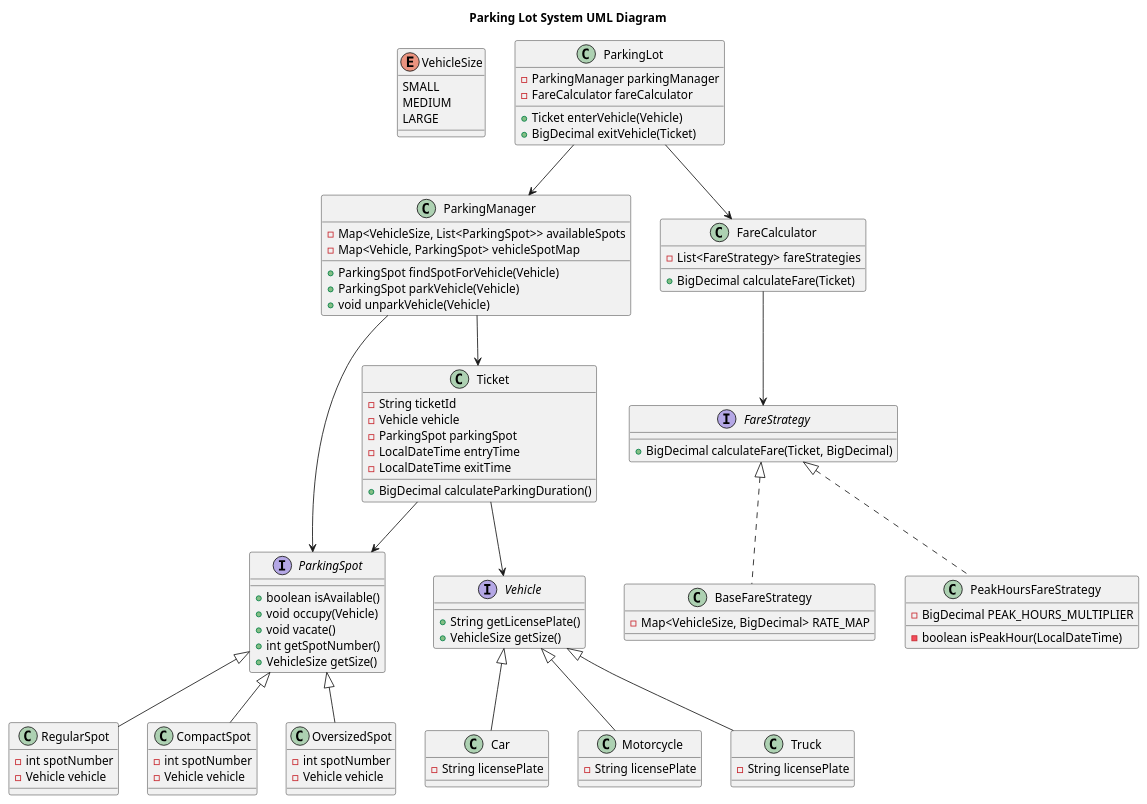
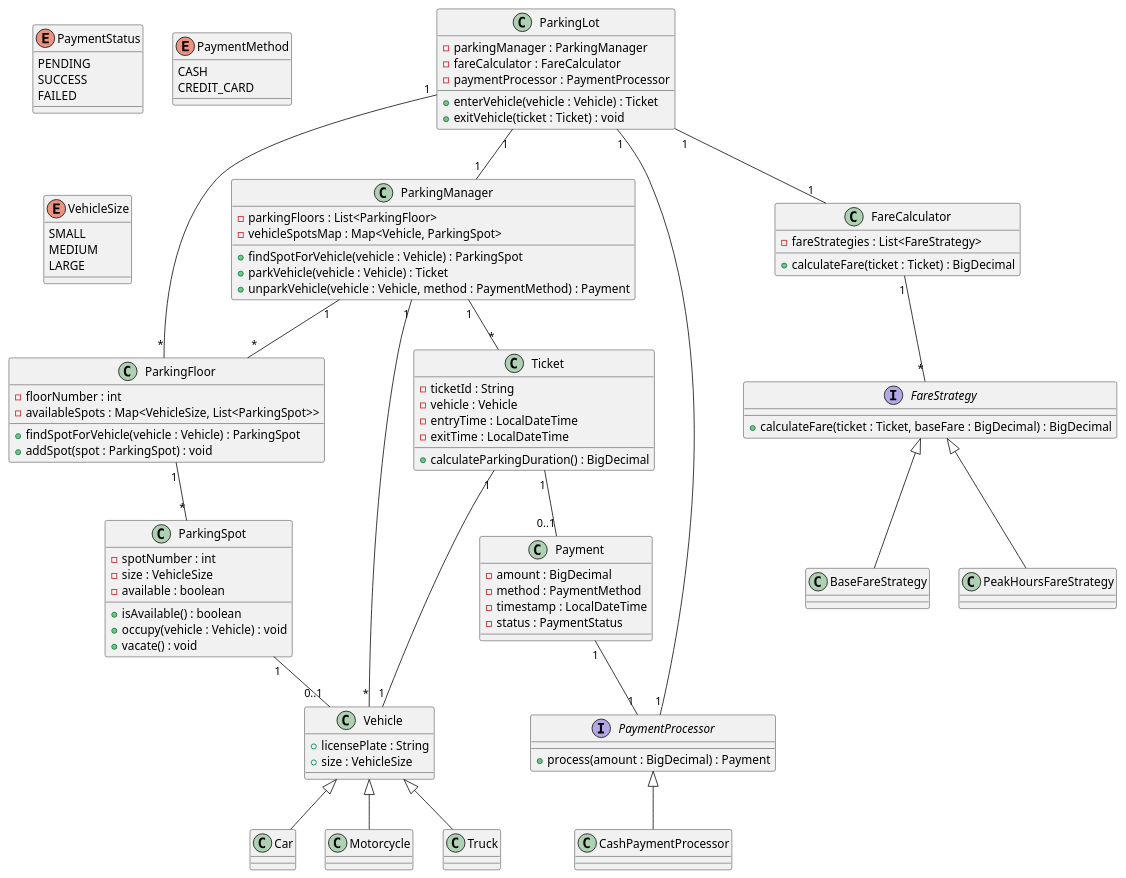
The diagram in src/main/java/com/app/pblms/parkinglot/docs/parking_lot.puml (uday510/lld), drawn with PlantUML before and after one commit. The commit also changed 2 other files, not shown here.

Commit message:
update parking-lot class uml

```diff
--- a/src/main/java/com/app/pblms/parkinglot/docs/parking_lot.puml
+++ b/src/main/java/com/app/pblms/parkinglot/docs/parking_lot.puml
@@ -1,111 +1,124 @@
 @startuml
-title Parking Lot System UML Diagram
+' ===============================
+' PARKING LOT SYSTEM UML DIAGRAM
+' ===============================
+
+' === ENUMS ===
+enum PaymentStatus {
+  PENDING
+  SUCCESS
+  FAILED
+}
+
+enum PaymentMethod {
+  CASH
+  CREDIT_CARD
+}
 
 enum VehicleSize {
   SMALL
   MEDIUM
   LARGE
 }
 
-interface Vehicle {
-  +String getLicensePlate()
-  +VehicleSize getSize()
+' === MAIN CLASSES ===
+class ParkingLot {
+  - parkingManager : ParkingManager
+  - fareCalculator : FareCalculator
+  - paymentProcessor : PaymentProcessor
+  + enterVehicle(vehicle : Vehicle) : Ticket
+  + exitVehicle(ticket : Ticket) : void
 }
 
-class Car {
-  -String licensePlate
+class ParkingManager {
+  - parkingFloors : List<ParkingFloor>
+  - vehicleSpotsMap : Map<Vehicle, ParkingSpot>
+  + findSpotForVehicle(vehicle : Vehicle) : ParkingSpot
+  + parkVehicle(vehicle : Vehicle) : Ticket
+  + unparkVehicle(vehicle : Vehicle, method : PaymentMethod) : Payment
 }
 
-class Motorcycle {
-  -String licensePlate
+class ParkingFloor {
+  - floorNumber : int
+  - availableSpots : Map<VehicleSize, List<ParkingSpot>>
+  + findSpotForVehicle(vehicle : Vehicle) : ParkingSpot
+  + addSpot(spot : ParkingSpot) : void
 }
 
-class Truck {
-  -String licensePlate
+class ParkingSpot {
+  - spotNumber : int
+  - size : VehicleSize
+  - available : boolean
+  + isAvailable() : boolean
+  + occupy(vehicle : Vehicle) : void
+  + vacate() : void
 }
 
+class Vehicle {
+  + licensePlate : String
+  + size : VehicleSize
+}
+
+class Car
+class Motorcycle
+class Truck
+
+class Ticket {
+  - ticketId : String
+  - vehicle : Vehicle
+  - entryTime : LocalDateTime
+  - exitTime : LocalDateTime
+  + calculateParkingDuration() : BigDecimal
+}
+
+class Payment {
+  - amount : BigDecimal
+  - method : PaymentMethod
+  - timestamp : LocalDateTime
+  - status : PaymentStatus
+}
+
+interface PaymentProcessor {
+  + process(amount : BigDecimal) : Payment
+}
+class CashPaymentProcessor
+
+class FareCalculator {
+  - fareStrategies : List<FareStrategy>
+  + calculateFare(ticket : Ticket) : BigDecimal
+}
+
+interface FareStrategy {
+  + calculateFare(ticket : Ticket, baseFare : BigDecimal) : BigDecimal
+}
+class BaseFareStrategy
+class PeakHoursFareStrategy
+
+
+' === RELATIONSHIPS (WITH MULTIPLICITIES) ===
+ParkingLot "1" -- "1" ParkingManager
+ParkingLot "1" -- "1" FareCalculator
+ParkingLot "1" -- "1" PaymentProcessor
+ParkingLot "1" -- "*" ParkingFloor
+
+ParkingManager "1" -- "*" Ticket
+ParkingManager "1" -- "*" Vehicle
+ParkingManager "1" -- "*" ParkingFloor
+
+ParkingFloor "1" -- "*" ParkingSpot
+ParkingSpot "1" -- "0..1" Vehicle
+
+Ticket "1" -- "1" Vehicle
+Ticket "1" -- "0..1" Payment
+Payment "1" -- "1" PaymentProcessor
+
+FareCalculator "1" -- "*" FareStrategy
+
+PaymentProcessor <|-- CashPaymentProcessor
+FareStrategy <|-- BaseFareStrategy
+FareStrategy <|-- PeakHoursFareStrategy
 Vehicle <|-- Car
 Vehicle <|-- Motorcycle
 Vehicle <|-- Truck
 
-interface ParkingSpot {
-  +boolean isAvailable()
-  +void occupy(Vehicle)
-  +void vacate()
-  +int getSpotNumber()
-  +VehicleSize getSize()
-}
-
-class RegularSpot {
-  -int spotNumber
-  -Vehicle vehicle
-}
-
-class CompactSpot {
-  -int spotNumber
-  -Vehicle vehicle
-}
-
-class OversizedSpot {
-  -int spotNumber
-  -Vehicle vehicle
-}
-
-ParkingSpot <|-- RegularSpot
-ParkingSpot <|-- CompactSpot
-ParkingSpot <|-- OversizedSpot
-
-class Ticket {
-  -String ticketId
-  -Vehicle vehicle
-  -ParkingSpot parkingSpot
-  -LocalDateTime entryTime
-  -LocalDateTime exitTime
-  +BigDecimal calculateParkingDuration()
-}
-
-class ParkingManager {
-  -Map<VehicleSize, List<ParkingSpot>> availableSpots
-  -Map<Vehicle, ParkingSpot> vehicleSpotMap
-  +ParkingSpot findSpotForVehicle(Vehicle)
-  +ParkingSpot parkVehicle(Vehicle)
-  +void unparkVehicle(Vehicle)
-}
-
-class FareCalculator {
-  -List<FareStrategy> fareStrategies
-  +BigDecimal calculateFare(Ticket)
-}
-
-interface FareStrategy {
-  +BigDecimal calculateFare(Ticket, BigDecimal)
-}
-
-class BaseFareStrategy {
-  -Map<VehicleSize, BigDecimal> RATE_MAP
-}
-
-class PeakHoursFareStrategy {
-  -BigDecimal PEAK_HOURS_MULTIPLIER
-  -boolean isPeakHour(LocalDateTime)
-}
-
-FareStrategy <|.. BaseFareStrategy
-FareStrategy <|.. PeakHoursFareStrategy
-
-class ParkingLot {
-  -ParkingManager parkingManager
-  -FareCalculator fareCalculator
-  +Ticket enterVehicle(Vehicle)
-  +BigDecimal exitVehicle(Ticket)
-}
-
-ParkingManager --> ParkingSpot
-ParkingManager --> Ticket
-ParkingLot --> ParkingManager
-ParkingLot --> FareCalculator
-Ticket --> Vehicle
-Ticket --> ParkingSpot
-FareCalculator --> FareStrategy
-
 @enduml
```
